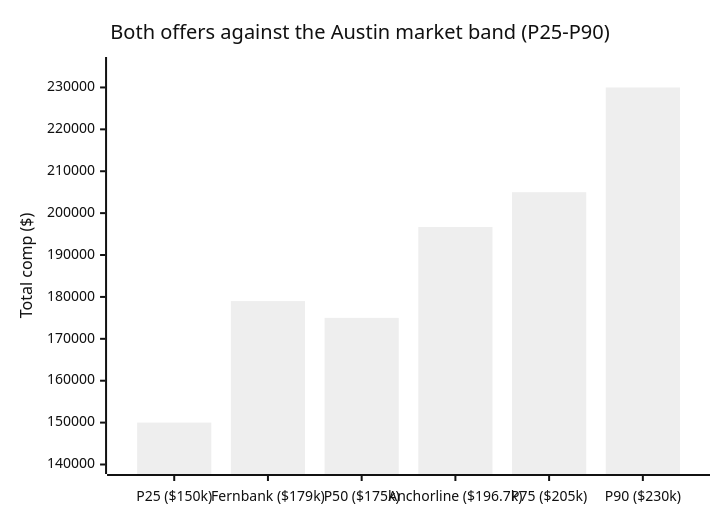
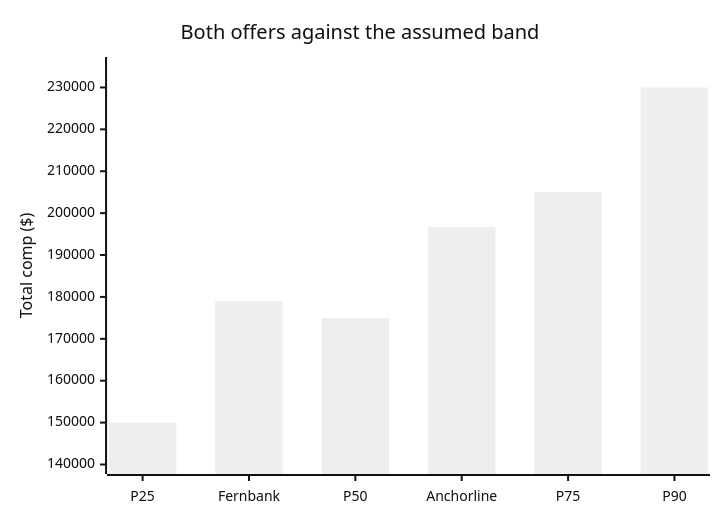
Before and after one commit to francoandreDev/knowledge: the diagram in src/content/career-craft/market-research/L3-deep-dive.mdx, drawn with Mermaid (neutral theme). The commit also changed other lines of this file and 3 other files, not shown here.

````diff
--- a/src/content/career-craft/market-research/L3-deep-dive.mdx
+++ b/src/content/career-craft/market-research/L3-deep-dive.mdx
@@ -69,7 +64,7 @@
 ```mermaid
 xychart-beta
-    title "Both offers against the Austin market band (P25-P90)"
-    x-axis ["P25 ($150k)", "Fernbank ($179k)", "P50 ($175k)", "Anchorline ($196.7k)", "P75 ($205k)", "P90 ($230k)"]
+    title "Both offers against the assumed band"
+    x-axis ["P25", "Fernbank", "P50", "Anchorline", "P75", "P90"]
     y-axis "Total comp ($)" 140000 --> 235000
     bar [150000, 179000, 175000, 196700, 205000, 230000]
 ```
````
